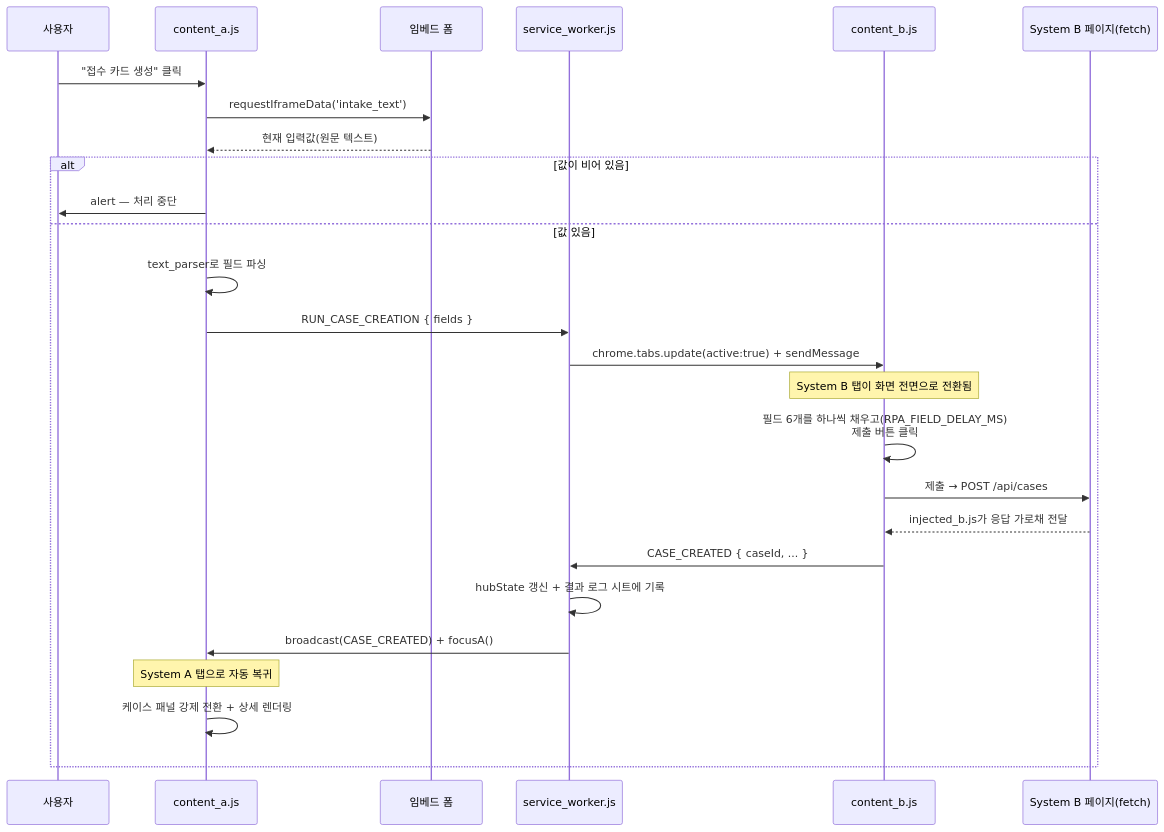
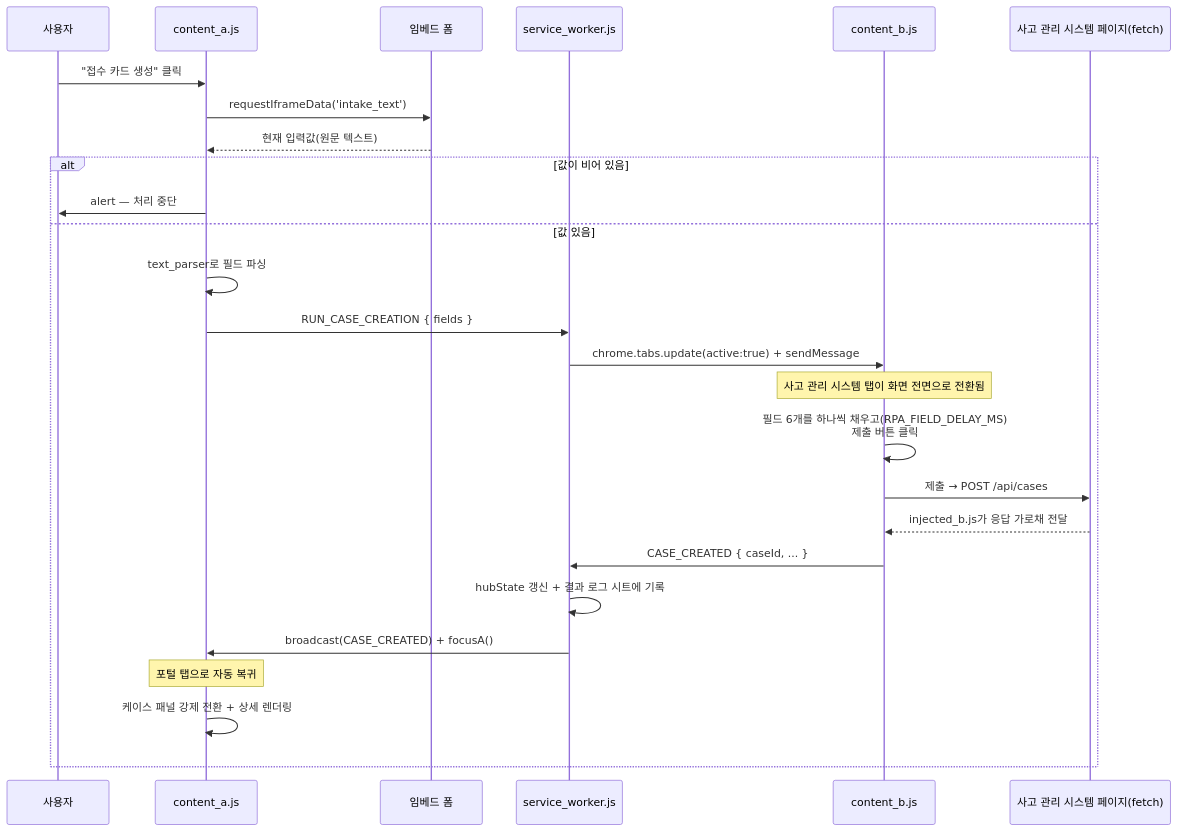
The second of 2 diagrams in docs/ARCHITECTURE.md (JY-maru/integrated-systems-sidebar), drawn with Mermaid before and after one commit. The commit also changed other lines of this file and 5 other files, not shown here.

````diff
--- a/docs/ARCHITECTURE.md
+++ b/docs/ARCHITECTURE.md
@@ -189,29 +189,29 @@
 ```mermaid
 sequenceDiagram
     participant User as 사용자
     participant A as content_a.js
     participant Iframe as 임베드 폼
     participant BG as service_worker.js
     participant B as content_b.js
-    participant PageB as System B 페이지(fetch)
+    participant PageB as 사고 관리 시스템 페이지(fetch)
 
     User->>A: "접수 카드 생성" 클릭
     A->>Iframe: requestIframeData('intake_text')
     Iframe-->>A: 현재 입력값(원문 텍스트)
     alt 값이 비어 있음
         A->>User: alert — 처리 중단
     else 값 있음
         A->>A: text_parser로 필드 파싱
         A->>BG: RUN_CASE_CREATION { fields }
         BG->>B: chrome.tabs.update(active:true) + sendMessage
-        Note over B: System B 탭이 화면 전면으로 전환됨
+        Note over B: 사고 관리 시스템 탭이 화면 전면으로 전환됨
         B->>B: 필드 6개를 하나씩 채우고(RPA_FIELD_DELAY_MS)<br/>제출 버튼 클릭
         B->>PageB: 제출 → POST /api/cases
         PageB-->>B: injected_b.js가 응답 가로채 전달
         B->>BG: CASE_CREATED { caseId, ... }
         BG->>BG: hubState 갱신 + 결과 로그 시트에 기록
         BG->>A: broadcast(CASE_CREATED) + focusA()
-        Note over A: System A 탭으로 자동 복귀
+        Note over A: 포털 탭으로 자동 복귀
         A->>A: 케이스 패널 강제 전환 + 상세 렌더링
     end
 ```
````
